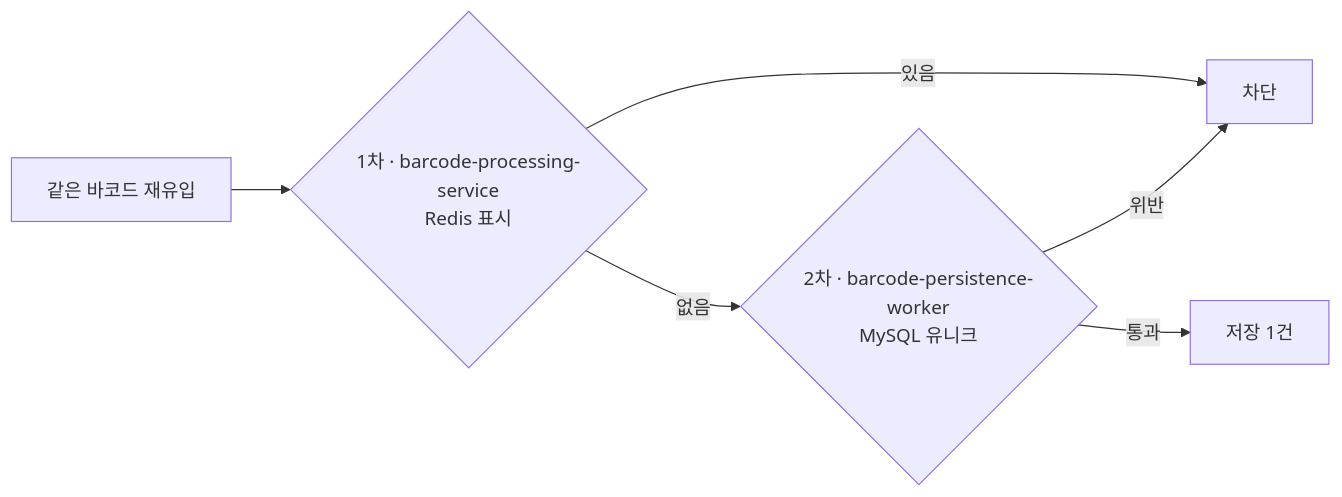
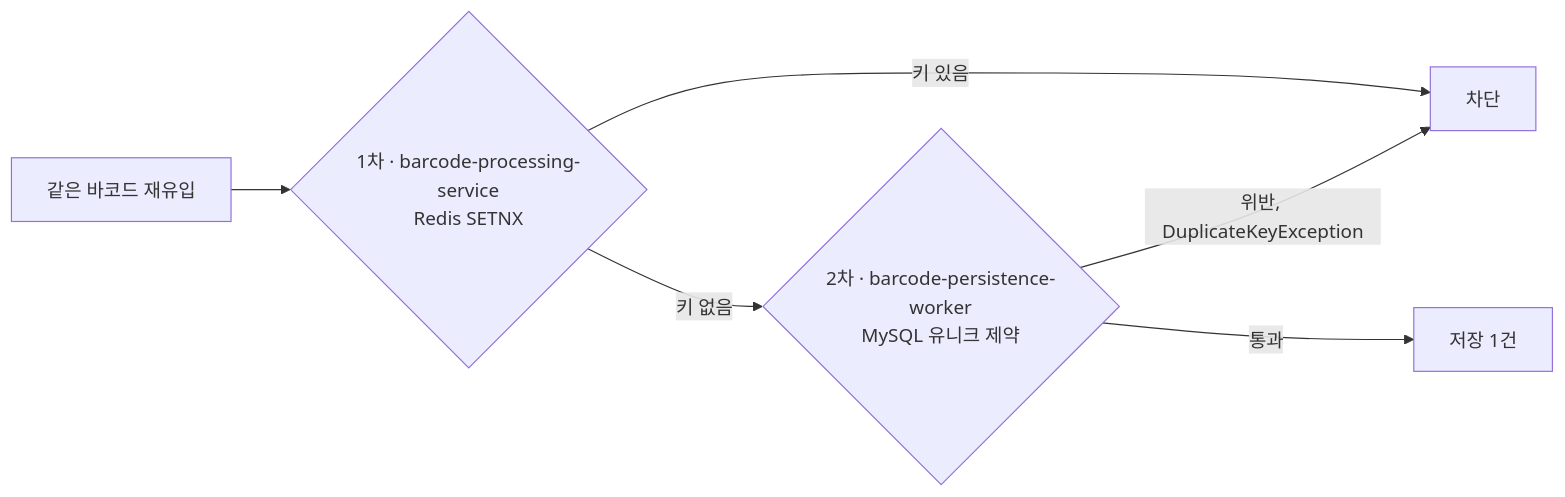
Before and after one commit to buss-sooin/barcode-ingest-pipeline: the second of 2 diagrams in README.md, drawn with Mermaid. The commit also changed other lines of this file, not shown here.

Commit message:
docs: README.md fixed

````diff
--- a/README.md
+++ b/README.md
@@ -122,8 +122,8 @@
 ```mermaid
 flowchart LR
-  A[같은 바코드 재유입] --> B{1차 · barcode-processing-service<br/>Redis 표시}
-  B -- 있음 --> S[차단]
-  B -- 없음 --> C{2차 · barcode-persistence-worker<br/>MySQL 유니크}
-  C -- 위반 --> S
+  A[같은 바코드 재유입] --> B{1차 · barcode-processing-service<br/>Redis SETNX}
+  B -- 키 있음 --> S[차단]
+  B -- 키 없음 --> C{2차 · barcode-persistence-worker<br/>MySQL 유니크 제약}
+  C -- 위반, DuplicateKeyException --> S
   C -- 통과 --> D[저장 1건]
 ```
````
